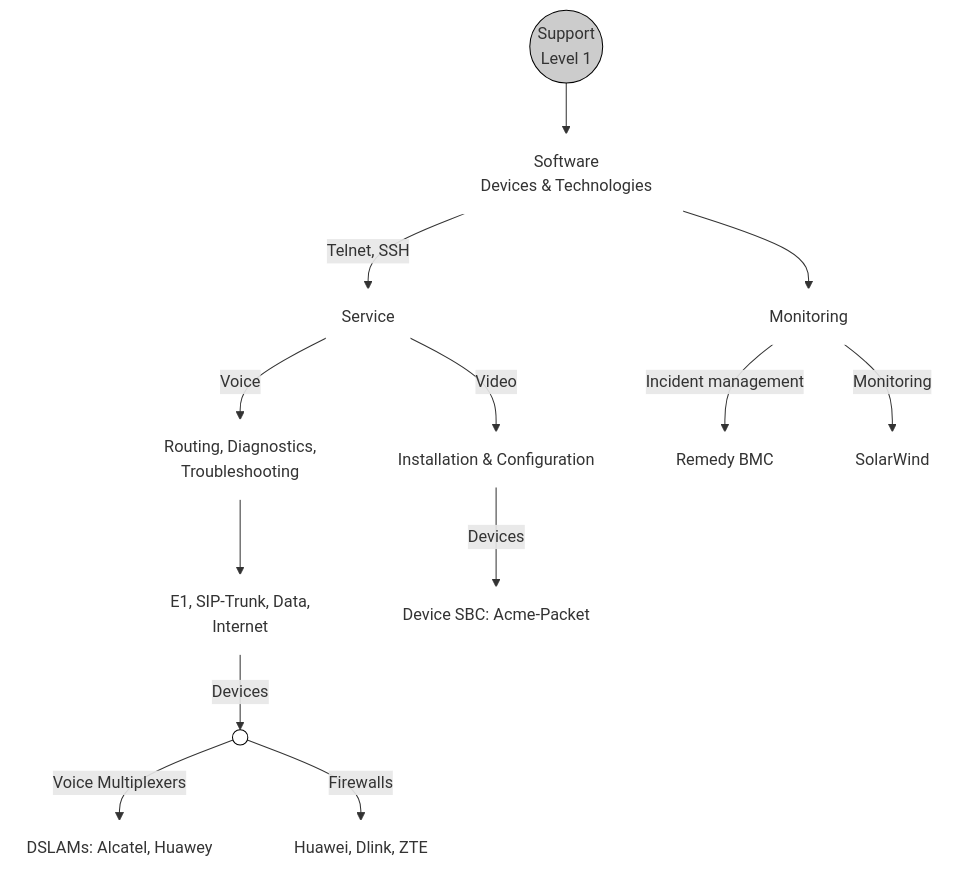
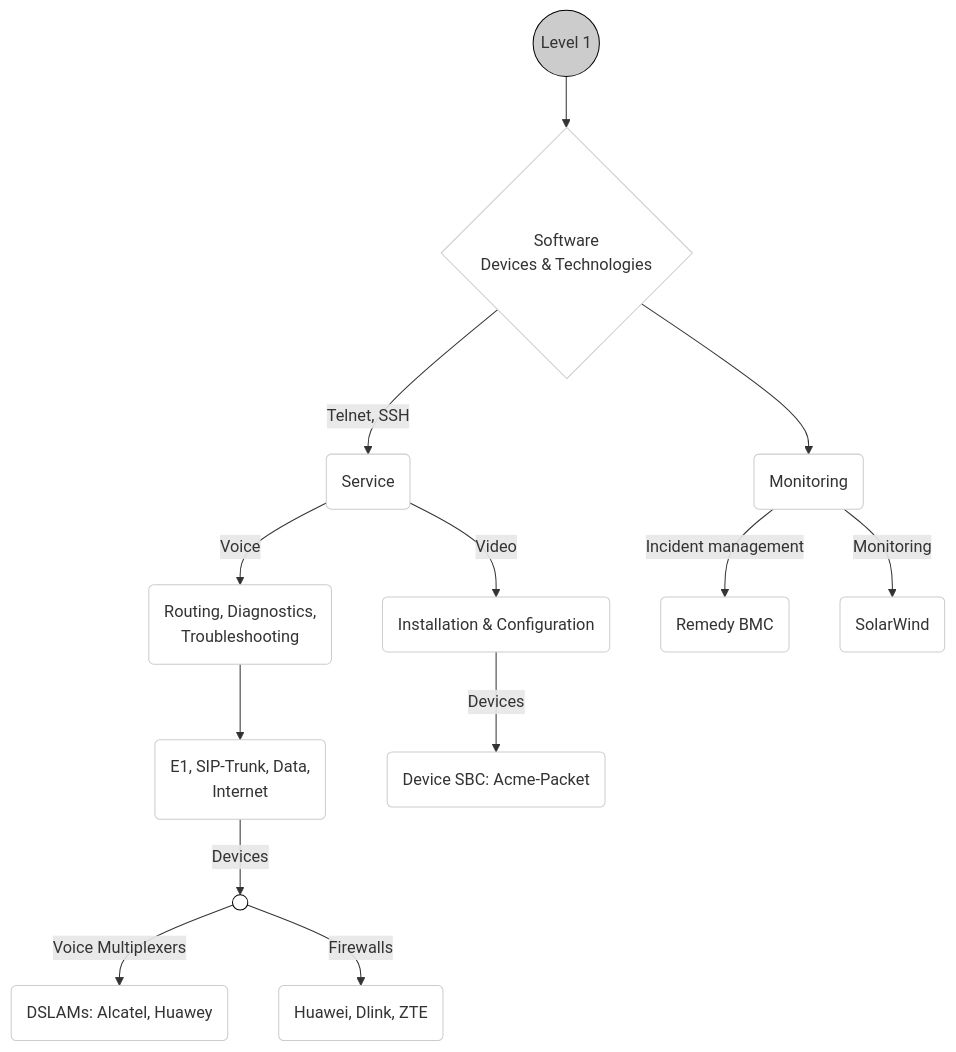
One commit to kjfigueroa/profile changed the third of 7 diagrams in README.md. Above: the diagram before and after it, drawn with Mermaid. The commit also changed other lines of this file, not shown here.

Commit message:
graphics skills on mermaid

````diff
--- a/README.md
+++ b/README.md
@@ -78,23 +71,23 @@
 ```mermaid
 flowchart TD
-L((Support<br>Level 1));style L fill:#ccc,stroke:#000;
-SDT[Software<br>Devices & Technologies]; style SDT fill:#fff,stroke:#fff;
-S(Service); style S fill:#fff,stroke:#fff;
+L((Level 1));style L fill:#ccc,stroke:#000;
+SDT{Software<br>Devices & Technologies}; style SDT fill:#fff,stroke:#ccc;
+S(Service); style S fill:#fff,stroke:#ccc;
 Dv(( ));style Dv fill:#fff,stroke:#000;
-Dv1(DSLAMs: Alcatel, Huawey);style Dv1 fill:#fff,stroke:#fff;
-Dv2(Huawei, Dlink, ZTE);style Dv2 fill:#fff,stroke:#fff;
-A(Routing, Diagnostics,<br>Troubleshooting); style A fill:#fff,stroke:#fff;
-A1(E1, SIP-Trunk, Data,<br>Internet); style A1 fill:#fff,stroke:#fff;
-C(Installation & Configuration);style C fill:#fff,stroke:#fff;
-C1(Device SBC: Acme-Packet);style C1 fill:#fff,stroke:#fff;
-M(Monitoring);style M fill:#fff,stroke:#fff;
-M1(Remedy BMC);style M1 fill:#fff,stroke:#fff;
-M2(SolarWind);style M2 fill:#fff,stroke:#fff;
+Dv1(DSLAMs: Alcatel, Huawey);style Dv1 fill:#fff,stroke:#ccc;
+Dv2(Huawei, Dlink, ZTE);style Dv2 fill:#fff,stroke:#ccc;
+A(Routing, Diagnostics,<br>Troubleshooting); style A fill:#fff,stroke:#ccc;
+A1(E1, SIP-Trunk, Data,<br>Internet); style A1 fill:#fff,stroke:#ccc;
+C(Installation & Configuration);style C fill:#fff,stroke:#ccc;
+C1(Device SBC: Acme-Packet);style C1 fill:#fff,stroke:#ccc;
+M(Monitoring);style M fill:#fff,stroke:#ccc;
+M1(Remedy BMC);style M1 fill:#fff,stroke:#ccc;
+M2(SolarWind);style M2 fill:#fff,stroke:#ccc;
 L --> SDT -->|Telnet, SSH| S
 S -->|Voice| A --> A1; A1 -->|Devices| Dv
 Dv -->|Voice Multiplexers| Dv1; Dv -->|Firewalls|Dv2 
 S -->|Video| C -->|Devices| C1;
 SDT --> M; 
 M -->|Incident management| M1
 M -->|Monitoring| M2
 ```
````
